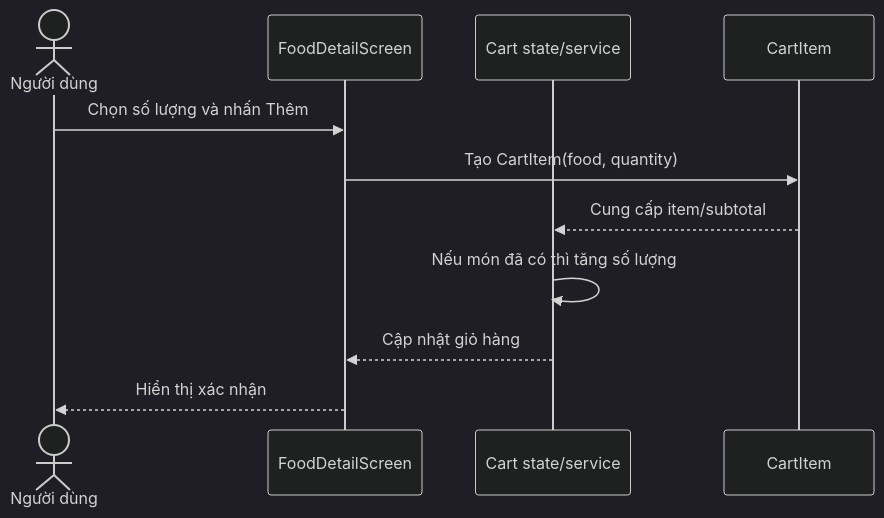
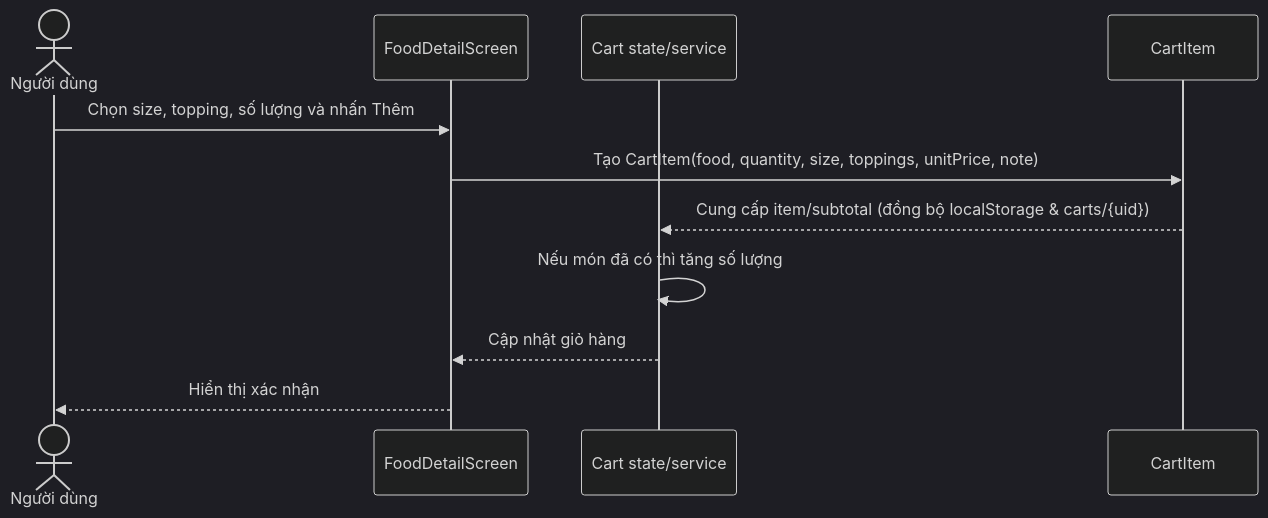
The third of 6 diagrams in docs/person1/SEQUENCE_DIAGRAMS.md (btl-mobile-phenikaa/Nhom_Hung_Khang_Khanh_Food), drawn with Mermaid (dark theme) before and after one commit. The commit also changed 70 other files, not shown here.

````diff
--- a/docs/person1/SEQUENCE_DIAGRAMS.md
+++ b/docs/person1/SEQUENCE_DIAGRAMS.md
@@ -43,13 +43,13 @@
 ```mermaid
 sequenceDiagram
   actor User as Người dùng
   participant UI as FoodDetailScreen
   participant Cart as Cart state/service
   participant Model as CartItem
-  User->>UI: Chọn số lượng và nhấn Thêm
-  UI->>Model: Tạo CartItem(food, quantity)
-  Model-->>Cart: Cung cấp item/subtotal
+  User->>UI: Chọn size, topping, số lượng và nhấn Thêm
+  UI->>Model: Tạo CartItem(food, quantity, size, toppings, unitPrice, note)
+  Model-->>Cart: Cung cấp item/subtotal (đồng bộ localStorage & carts/{uid})
   Cart->>Cart: Nếu món đã có thì tăng số lượng
   Cart-->>UI: Cập nhật giỏ hàng
   UI-->>User: Hiển thị xác nhận
 ```
````
